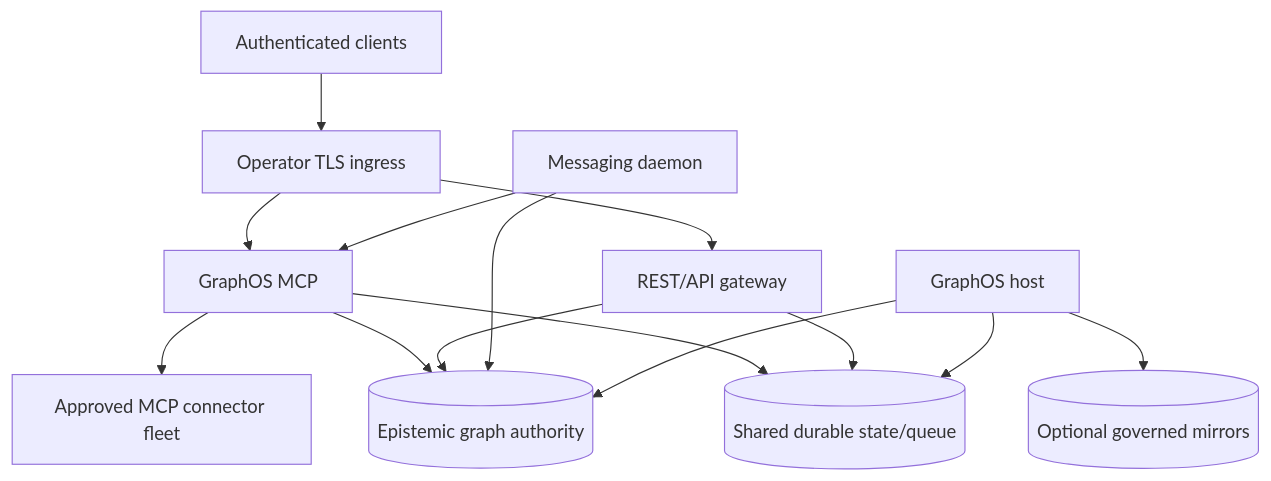
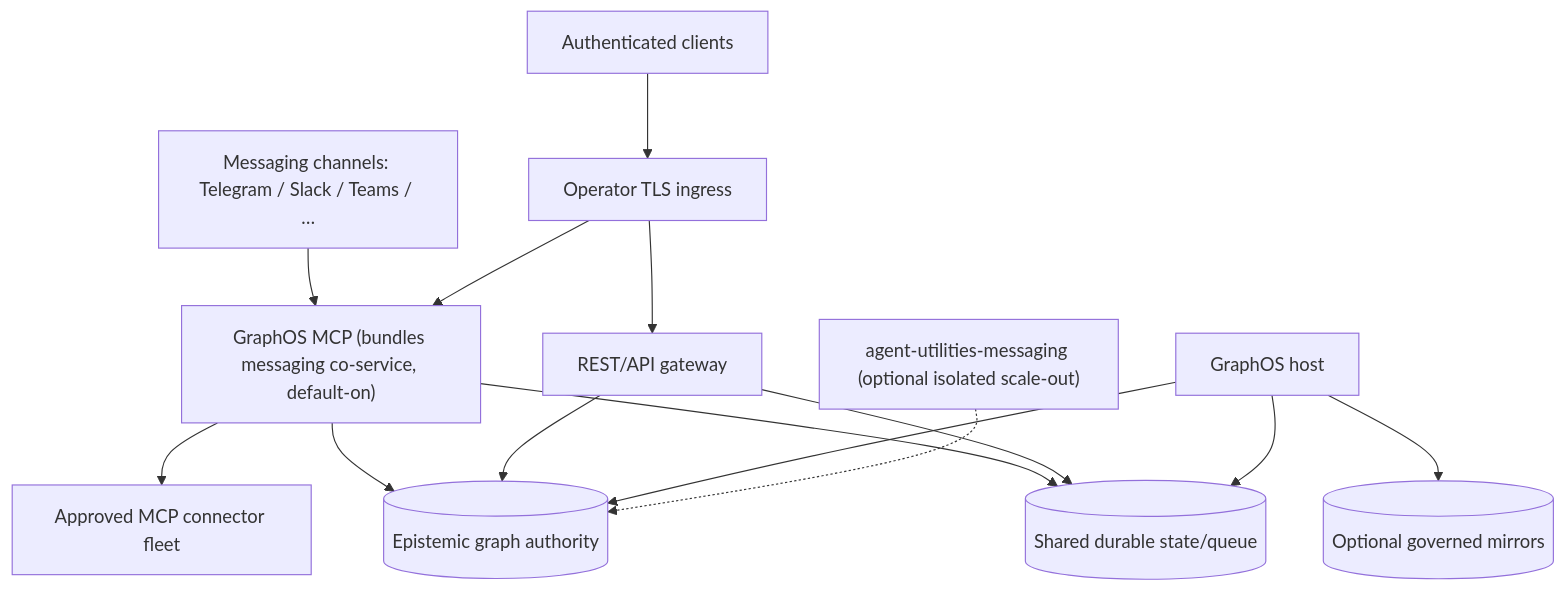
Before and after one commit to Knuckles-Team/agent-utilities: the diagram in docs/architecture/containerized-deployment.md, drawn with Mermaid. The commit also changed other lines of this file and 6 other files, not shown here.

````diff
--- a/docs/architecture/containerized-deployment.md
+++ b/docs/architecture/containerized-deployment.md
@@ -23,16 +38,16 @@
 ```mermaid
 flowchart TB
     C[Authenticated clients] --> I[Operator TLS ingress]
-    I --> G[GraphOS MCP]
+    Chan["Messaging channels: Telegram / Slack / Teams / …"] --> G
+    I --> G["GraphOS MCP (bundles messaging co-service, default-on)"]
     I --> R[REST/API gateway]
-    M[Messaging daemon] --> G
     G --> F[Approved MCP connector fleet]
     G --> E[(Epistemic graph authority)]
     R --> E
-    M --> E
     H[GraphOS host] --> E
     G --> Q[(Shared durable state/queue)]
     R --> Q
     H --> Q
     H --> X[(Optional governed mirrors)]
+    Mopt["agent-utilities-messaging (optional isolated scale-out)"] -.-> E
 ```
````
